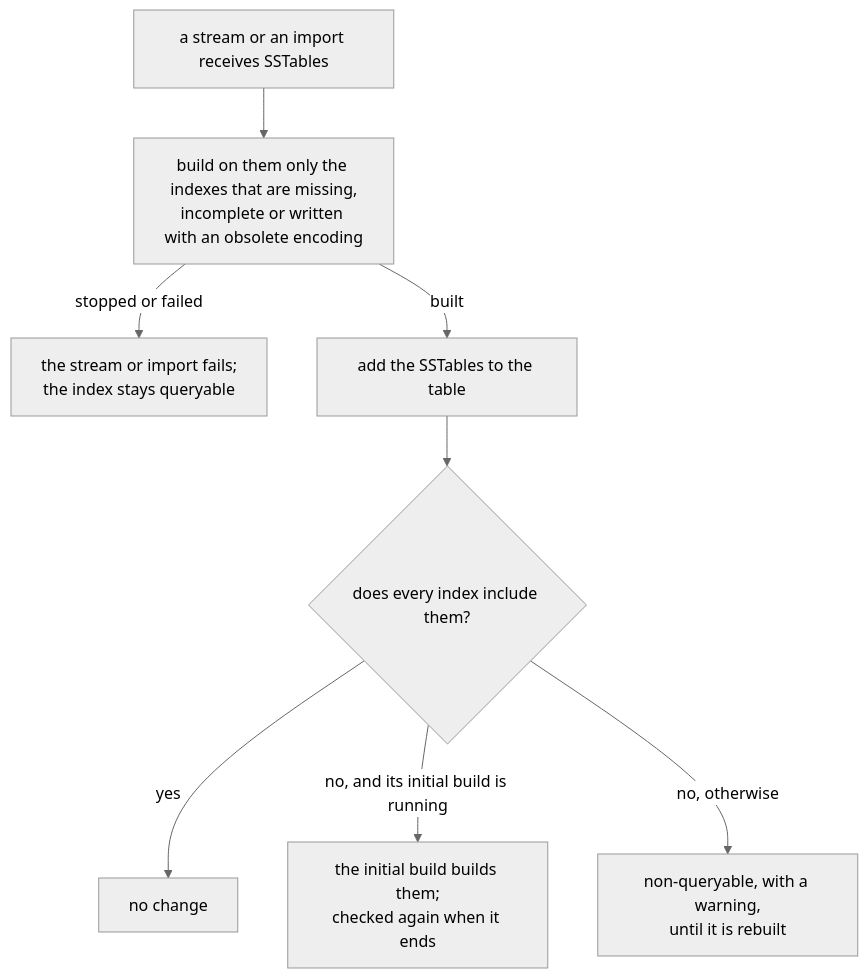
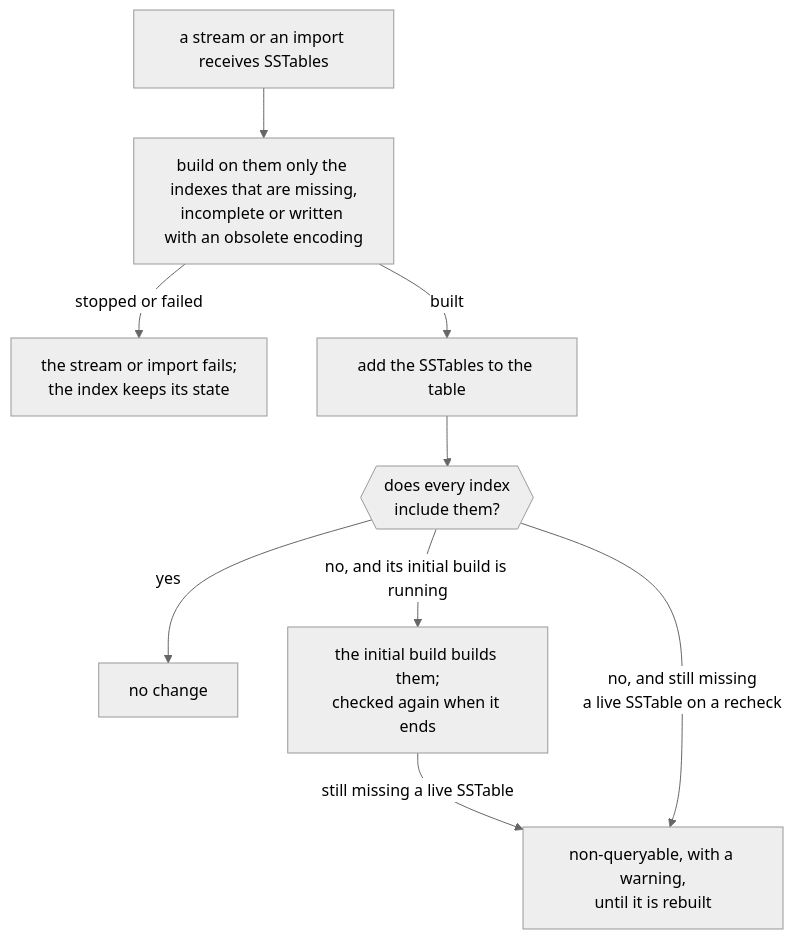
The sixth of 7 diagrams in sai-apache-ports/README.md (JeremiahDJordan/ai-review-guides), drawn with Mermaid (neutral theme) before and after one commit. The commit also changed other lines of this file and 6 other files, not shown here.

````diff
--- a/sai-apache-ports/README.md
+++ b/sai-apache-ports/README.md
@@ -202,10 +249,11 @@
 ```mermaid
 flowchart TD
     S["a stream or an import receives SSTables"] --> B["build on them only the indexes that are missing,<br/>incomplete or written with an obsolete encoding"]
-    B -->|"stopped or failed"| F["the stream or import fails;<br/>the index stays queryable"]
+    B -->|"stopped or failed"| F["the stream or import fails;<br/>the index keeps its state"]
     B -->|"built"| A["add the SSTables to the table"]
-    A --> C{"does every index include them?"}
+    A --> C{{"does every index<br/>include them?"}}
     C -->|"yes"| OK["no change"]
     C -->|"no, and its initial build is running"| IB["the initial build builds them;<br/>checked again when it ends"]
-    C -->|"no, otherwise"| NQ["non-queryable, with a warning,<br/>until it is rebuilt"]
+    IB -->|"still missing a live SSTable"| NQ
+    C -->|"no, and still missing<br/>a live SSTable on a recheck"| NQ["non-queryable, with a warning,<br/>until it is rebuilt"]
 ```
````
